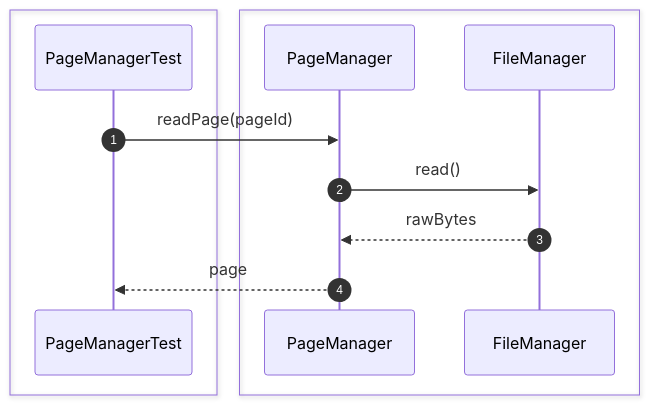
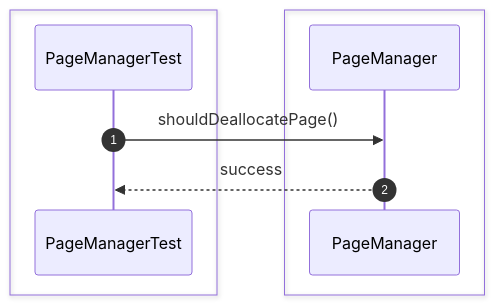
One commit to Huy1801214/dbms-architecture changed diagram 14 of 44 in src/sequence/storage-engine.md. Above: the diagram before and after it, drawn with Mermaid. The commit also changed other lines of this file and 68 other files, not shown here.

Commit message:
implement comprehensive unit test suite and architectural sequence documentation

````diff
--- a/src/sequence/storage-engine.md
+++ b/src/sequence/storage-engine.md
@@ -238,17 +203,13 @@
 ```mermaid
 sequenceDiagram
     autonumber
-
     box #e1f5fe Test Suite
     participant Test as PageManagerTest
     end
-    box #e0f2f1 Storage Components
-    participant PageManager as PageManager
-    participant FileManager as FileManager
+    box #e0f2f1 PageManager Component
+    participant PM as PageManager
     end
 
-    Test->>PageManager: readPage(pageId)
-    PageManager->>FileManager: read()
-    FileManager-->>PageManager: rawBytes
-    PageManager-->>Test: page
+    Test->>PM: shouldDeallocatePage()
+    PM-->>Test: success
 ```
````
